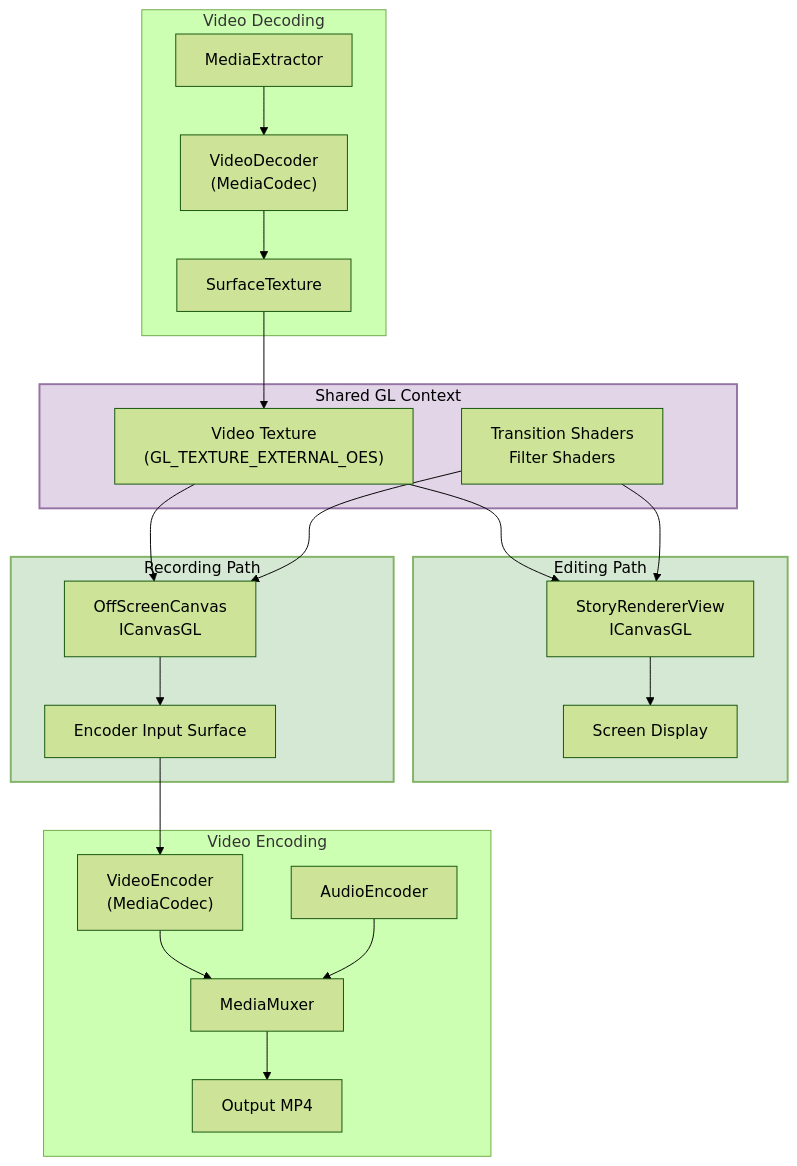
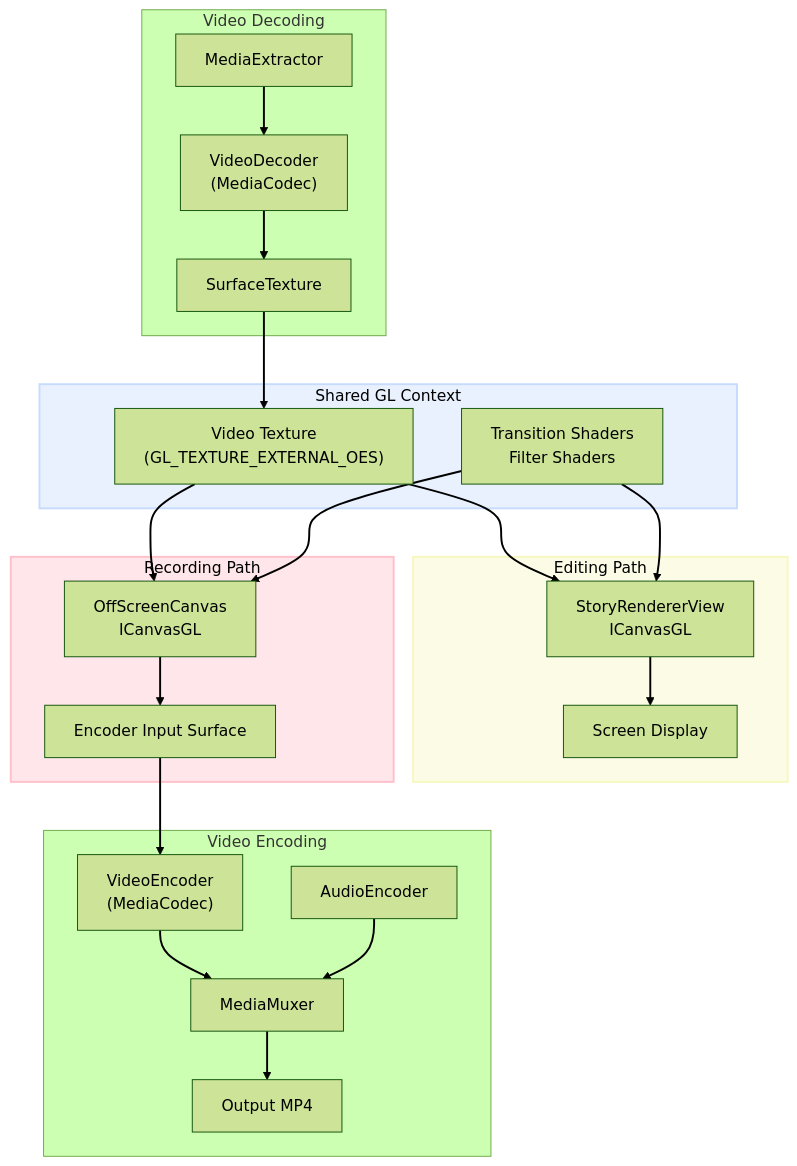
The fourth of 5 diagrams in _posts/2021-11-21-storybeat-tales.md (monday8am/monday8am.github.io), drawn with Mermaid (forest theme) before and after one commit. The commit also changed other lines of this file, not shown here.

````diff
--- a/_posts/2021-11-21-storybeat-tales.md
+++ b/_posts/2021-11-21-storybeat-tales.md
@@ -358,54 +369,56 @@
 ```mermaid
 flowchart TB
-    classDef blue fill:#dae8fc,stroke:#6c8ebf,stroke-width:2px,color:black
-    classDef green fill:#d5e8d4,stroke:#82b366,stroke-width:2px,color:black
-    classDef purple fill:#e1d5e7,stroke:#9673a6,stroke-width:2px,color:black
+    classDef green fill:#c0f8d066,stroke:#c0f8d0,stroke-width:2px,color:black
+    classDef blue fill:#c7dcfc66,stroke:#c7dcfc,stroke-width:2px,color:black
+    classDef yellow fill:#f7f8c066,stroke:#f7f8c0,stroke-width:2px,color:black
+    classDef red fill:#ffc0cb66,stroke:#ffc0cb,stroke-width:2px,color:black
+    linkStyle default stroke:black,stroke-width:2px,color:black
 
     subgraph Decode["Video Decoding"]
         MediaExtractor["MediaExtractor"]
         VideoDecoder["VideoDecoder<br/>(MediaCodec)"]
         SurfaceTexture["SurfaceTexture"]
     end
 
     subgraph SharedGL["Shared GL Context"]
         VideoTex["Video Texture<br/>(GL_TEXTURE_EXTERNAL_OES)"]
         Shaders["Transition Shaders<br/>Filter Shaders"]
     end
 
     subgraph EditPath["Editing Path"]
         EditCanvas["StoryRendererView<br/>ICanvasGL"]
         Screen["Screen Display"]
     end
 
     subgraph RecordPath["Recording Path"]
         OffCanvas["OffScreenCanvas<br/>ICanvasGL"]
         EncoderSurface["Encoder Input Surface"]
     end
 
     subgraph Encode["Video Encoding"]
         VideoEncoder["VideoEncoder<br/>(MediaCodec)"]
         AudioEncoder["AudioEncoder"]
         Muxer["MediaMuxer"]
         MP4["Output MP4"]
     end
 
     MediaExtractor --> VideoDecoder
     VideoDecoder --> SurfaceTexture
     SurfaceTexture --> VideoTex
 
     VideoTex --> EditCanvas
     VideoTex --> OffCanvas
     Shaders --> EditCanvas
     Shaders --> OffCanvas
 
     EditCanvas --> Screen
     OffCanvas --> EncoderSurface
     EncoderSurface --> VideoEncoder
     VideoEncoder --> Muxer
     AudioEncoder --> Muxer
     Muxer --> MP4
 
-    style SharedGL fill:#e1d5e7,stroke:#9673a6,stroke-width:2px,color:black
-    style EditPath fill:#d5e8d4,stroke:#82b366,stroke-width:2px,color:black
-    style RecordPath fill:#d5e8d4,stroke:#82b366,stroke-width:2px,color:black
+    style SharedGL fill:#c7dcfc66,stroke:#c7dcfc,stroke-width:2px,color:black
+    style EditPath fill:#f7f8c066,stroke:#f7f8c0,stroke-width:2px,color:black
+    style RecordPath fill:#ffc0cb66,stroke:#ffc0cb,stroke-width:2px,color:black
 ```
````
